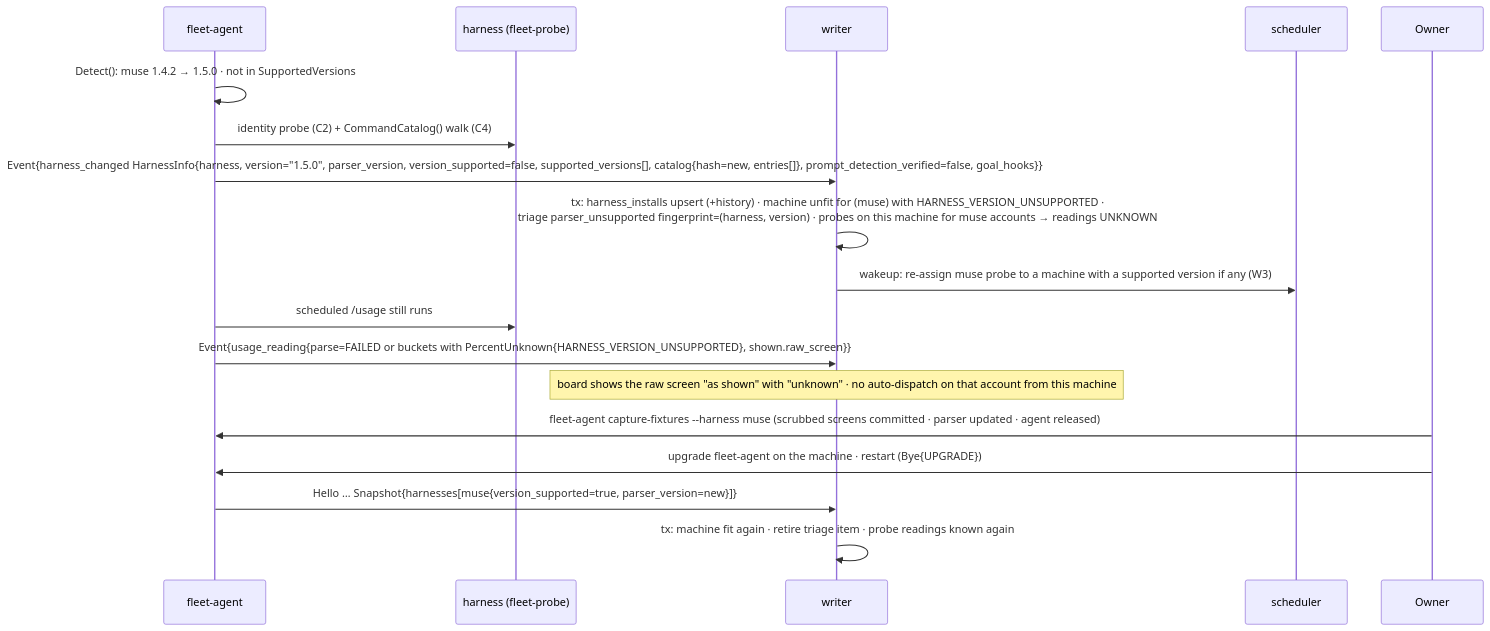
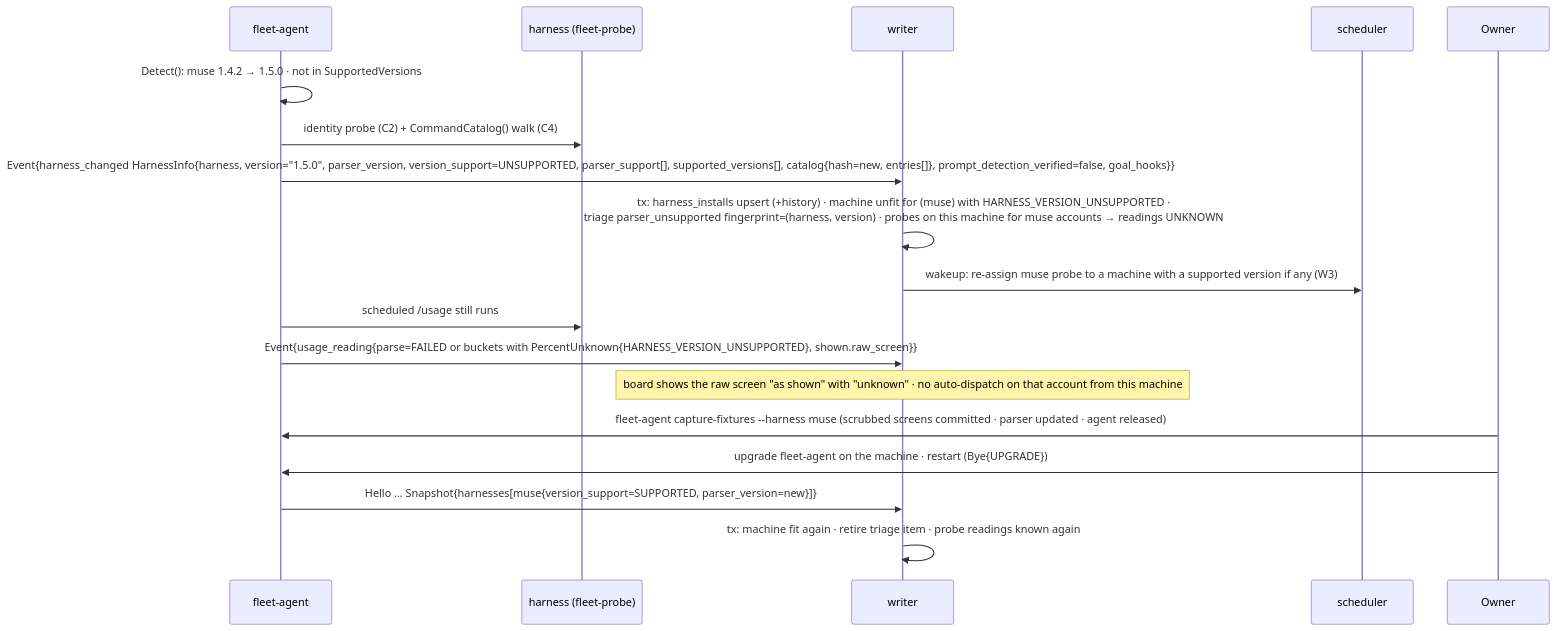
Before and after one commit to linuxdynasty/fleet-board: the third of 4 diagrams in docs/specs/03e-settings-and-drift.md, drawn with Mermaid. The commit also changed other lines of this file and 49 other files, not shown here.

````diff
--- a/docs/specs/03e-settings-and-drift.md
+++ b/docs/specs/03e-settings-and-drift.md
@@ -160,20 +160,20 @@
 ```mermaid
 sequenceDiagram
   participant A as fleet-agent
   participant P as harness (fleet-probe)
   participant W as writer
   participant S as scheduler
   participant O as Owner
   A->>A: Detect(): muse 1.4.2 → 1.5.0 · not in SupportedVersions
   A->>P: identity probe (C2) + CommandCatalog() walk (C4)
-  A->>W: Event{harness_changed HarnessInfo{harness, version="1.5.0", parser_version, version_supported=false, supported_versions[], catalog{hash=new, entries[]}, prompt_detection_verified=false, goal_hooks}}
+  A->>W: Event{harness_changed HarnessInfo{harness, version="1.5.0", parser_version, version_support=UNSUPPORTED, parser_support[], supported_versions[], catalog{hash=new, entries[]}, prompt_detection_verified=false, goal_hooks}}
   W->>W: tx: harness_installs upsert (+history) · machine unfit for (muse) with HARNESS_VERSION_UNSUPPORTED ·<br/>triage parser_unsupported fingerprint=(harness, version) · probes on this machine for muse accounts → readings UNKNOWN
   W->>S: wakeup: re-assign muse probe to a machine with a supported version if any (W3)
   A->>P: scheduled /usage still runs
   A->>W: Event{usage_reading{parse=FAILED or buckets with PercentUnknown{HARNESS_VERSION_UNSUPPORTED}, shown.raw_screen}}
   Note over W: board shows the raw screen "as shown" with "unknown" · no auto-dispatch on that account from this machine
   O->>A: fleet-agent capture-fixtures --harness muse (scrubbed screens committed · parser updated · agent released)
   O->>A: upgrade fleet-agent on the machine · restart (Bye{UPGRADE})
-  A->>W: Hello … Snapshot{harnesses[muse{version_supported=true, parser_version=new}]}
+  A->>W: Hello … Snapshot{harnesses[muse{version_support=SUPPORTED, parser_version=new}]}
   W->>W: tx: machine fit again · retire triage item · probe readings known again
 ```
````
